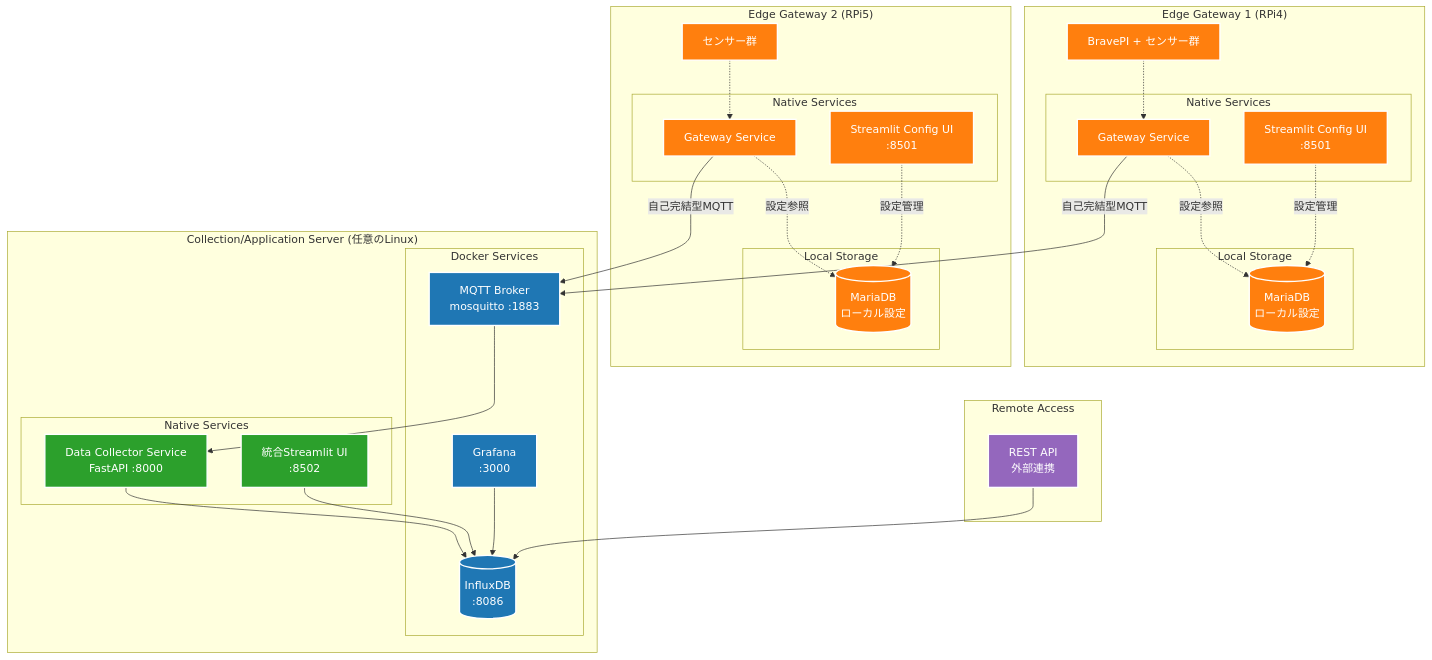
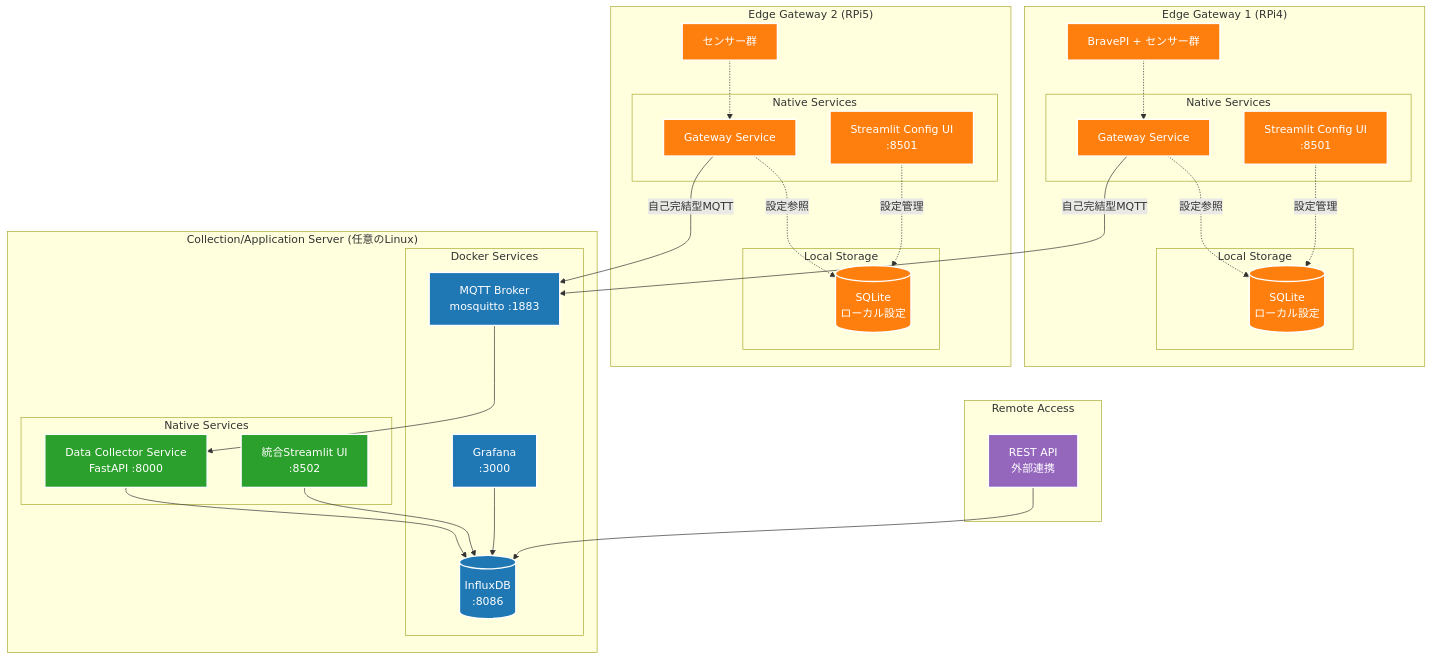
Before and after one commit to w-pinkietech/iot4-copy: the second of 3 diagrams in docs/architecture/sensor-collection-architecture.md, drawn with Mermaid. The commit also changed other lines of this file and 1 other file, not shown here.

First line of the commit message:
docs: Replace MariaDB with SQLite for edge gateway local storage

````diff
--- a/docs/architecture/sensor-collection-architecture.md
+++ b/docs/architecture/sensor-collection-architecture.md
@@ -696,74 +696,74 @@
 ```mermaid
 graph TB
     subgraph "Edge Gateway 1 (RPi4)"
         subgraph "Native Services"
             Gateway1[Gateway Service]
             ConfigUI1[Streamlit Config UI<br/>:8501]
         end
         subgraph "Local Storage"
-            LocalDB1[(MariaDB<br/>ローカル設定)]
+            LocalDB1[(SQLite<br/>ローカル設定)]
         end
         Gateway1Sensors[BravePI + センサー群]
     end
     
     subgraph "Edge Gateway 2 (RPi5)"
         subgraph "Native Services"
             Gateway2[Gateway Service]
             ConfigUI2[Streamlit Config UI<br/>:8501]
         end
         subgraph "Local Storage"
-            LocalDB2[(MariaDB<br/>ローカル設定)]
+            LocalDB2[(SQLite<br/>ローカル設定)]
         end
         Gateway2Sensors[センサー群]
     end
     
     subgraph "Collection/Application Server (任意のLinux)"
         subgraph "Native Services"
             CollectorApp[Data Collector Service<br/>FastAPI :8000]
             IntegratedUI[統合Streamlit UI<br/>:8502]
         end
         
         subgraph "Docker Services"
             MQTT[MQTT Broker<br/>mosquitto :1883]
             InfluxDB[(InfluxDB<br/>:8086)]
             Grafana[Grafana<br/>:3000]
         end
     end
     
     subgraph "Remote Access"
         CloudAPI[REST API<br/>外部連携]
     end
     
     %% Gateway internal connections
     Gateway1Sensors -.-> Gateway1
     Gateway1 -.->|設定参照| LocalDB1
     ConfigUI1 -.->|設定管理| LocalDB1
     
     Gateway2Sensors -.-> Gateway2
     Gateway2 -.->|設定参照| LocalDB2
     ConfigUI2 -.->|設定管理| LocalDB2
     
     %% Edge to Collection
     Gateway1 -->|自己完結型MQTT| MQTT
     Gateway2 -->|自己完結型MQTT| MQTT
     
     %% Collection layer
     MQTT --> CollectorApp
     CollectorApp --> InfluxDB
     IntegratedUI --> InfluxDB
     Grafana --> InfluxDB
     
     %% External access
     CloudAPI --> InfluxDB
     
     %% Styling
     classDef edge fill:#ff7f0e,stroke:#fff,stroke-width:2px,color:#fff
     classDef collection fill:#2ca02c,stroke:#fff,stroke-width:2px,color:#fff
     classDef container fill:#1f77b4,stroke:#fff,stroke-width:2px,color:#fff
     classDef cloud fill:#9467bd,stroke:#fff,stroke-width:2px,color:#fff
     
     class Gateway1,Gateway2,ConfigUI1,ConfigUI2,LocalDB1,LocalDB2,Gateway1Sensors,Gateway2Sensors edge
     class CollectorApp,IntegratedUI collection
     class MQTT,InfluxDB,Grafana container
     class CloudAPI cloud
 ```
````
